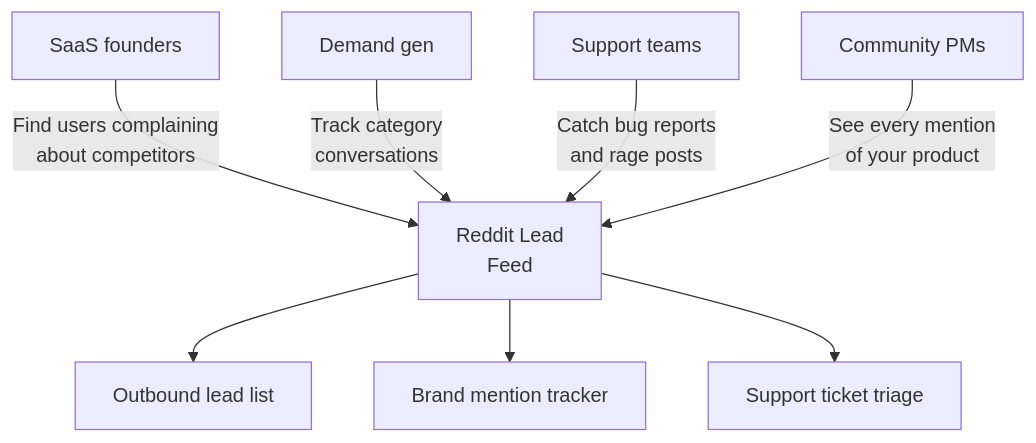
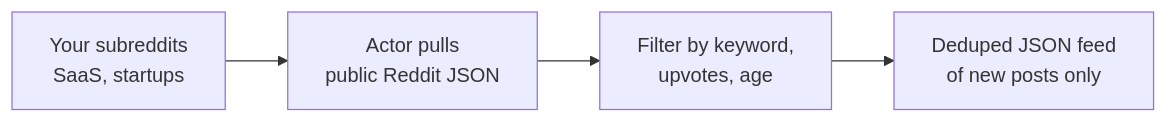
The first of 3 diagrams in actors/reddit-lead-monitor/README.md (Ken-Mutisya/scrapemint), drawn with Mermaid before and after one commit. The commit also changed other lines of this file and 3 other files, not shown here.

First line of the commit message:
Tighten Reddit, HN, Product Hunt, and Amazon READMEs for organic search

````diff
--- a/actors/reddit-lead-monitor/README.md
+++ b/actors/reddit-lead-monitor/README.md
@@ -11,10 +11,6 @@
 ```mermaid
-flowchart TD
-    A[SaaS founders] -->|Find users complaining<br/>about competitors| D[Reddit Lead<br/>Feed]
-    B[Demand gen] -->|Track category<br/>conversations| D
-    C[Support teams] -->|Catch bug reports<br/>and rage posts| D
-    E[Community PMs] -->|See every mention<br/>of your product| D
-    D --> F[Outbound lead list]
-    D --> G[Brand mention tracker]
-    D --> H[Support ticket triage]
+flowchart LR
+    A[Your subreddits<br/>SaaS, startups] --> B[Actor pulls<br/>public Reddit JSON]
+    B --> C[Filter by keyword,<br/>upvotes, age]
+    C --> D[Deduped JSON feed<br/>of new posts only]
 ```
````
